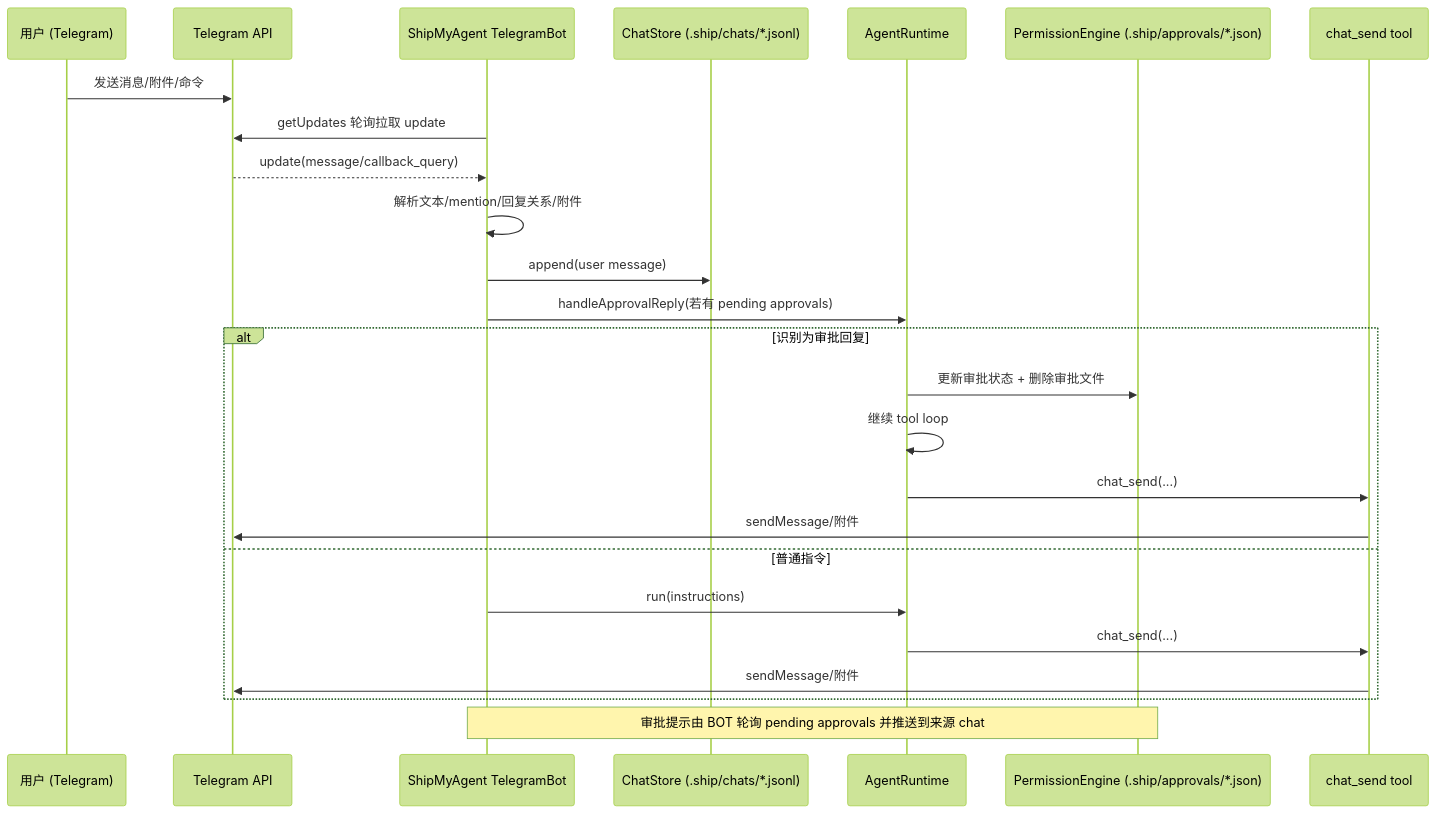
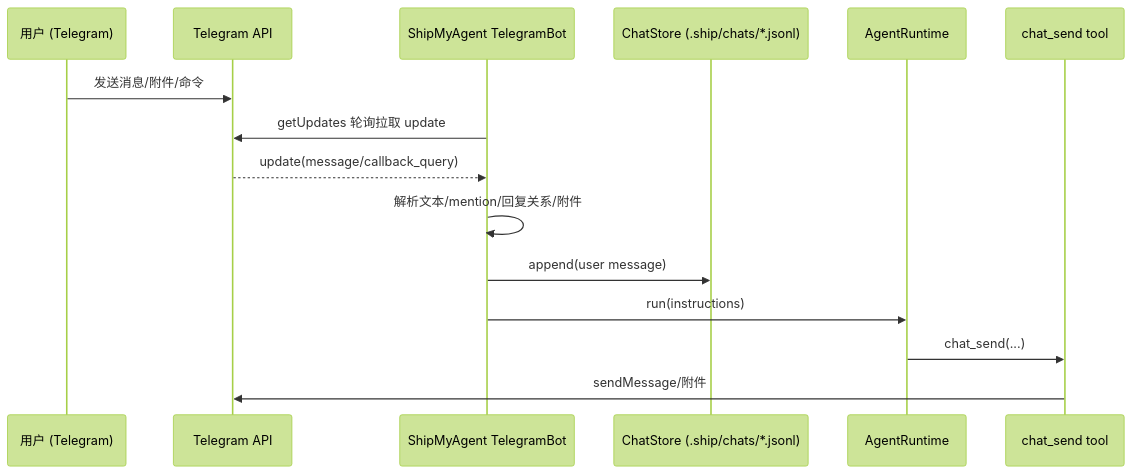
Before and after one commit to wangenius/shipmyagent: the diagram in homepage/content/docs/zh/integrations/telegram-message-flow.mdx, drawn with Mermaid (forest theme). The commit also changed other lines of this file and 70 other files, not shown here.

````diff
--- a/homepage/content/docs/zh/integrations/telegram-message-flow.mdx
+++ b/homepage/content/docs/zh/integrations/telegram-message-flow.mdx
@@ -16,30 +16,19 @@
 ```mermaid
 sequenceDiagram
   participant U as 用户 (Telegram)
   participant TG as Telegram API
   participant BOT as ShipMyAgent TelegramBot
   participant CS as ChatStore (.ship/chats/*.jsonl)
   participant RT as AgentRuntime
-  participant PE as PermissionEngine (.ship/approvals/*.json)
   participant T as chat_send tool
 
   U->>TG: 发送消息/附件/命令
   BOT->>TG: getUpdates 轮询拉取 update
   TG-->>BOT: update(message/callback_query)
 
   BOT->>BOT: 解析文本/mention/回复关系/附件
   BOT->>CS: append(user message)
-  BOT->>RT: handleApprovalReply(若有 pending approvals)
-  alt 识别为审批回复
-    RT->>PE: 更新审批状态 + 删除审批文件
-    RT->>RT: 继续 tool loop
-    RT->>T: chat_send(...)
-    T->>TG: sendMessage/附件
-  else 普通指令
-    BOT->>RT: run(instructions)
-    RT->>T: chat_send(...)
-    T->>TG: sendMessage/附件
-  end
-
-  Note over BOT,PE: 审批提示由 BOT 轮询 pending approvals 并推送到来源 chat
+  BOT->>RT: run(instructions)
+  RT->>T: chat_send(...)
+  T->>TG: sendMessage/附件
 ```
````
